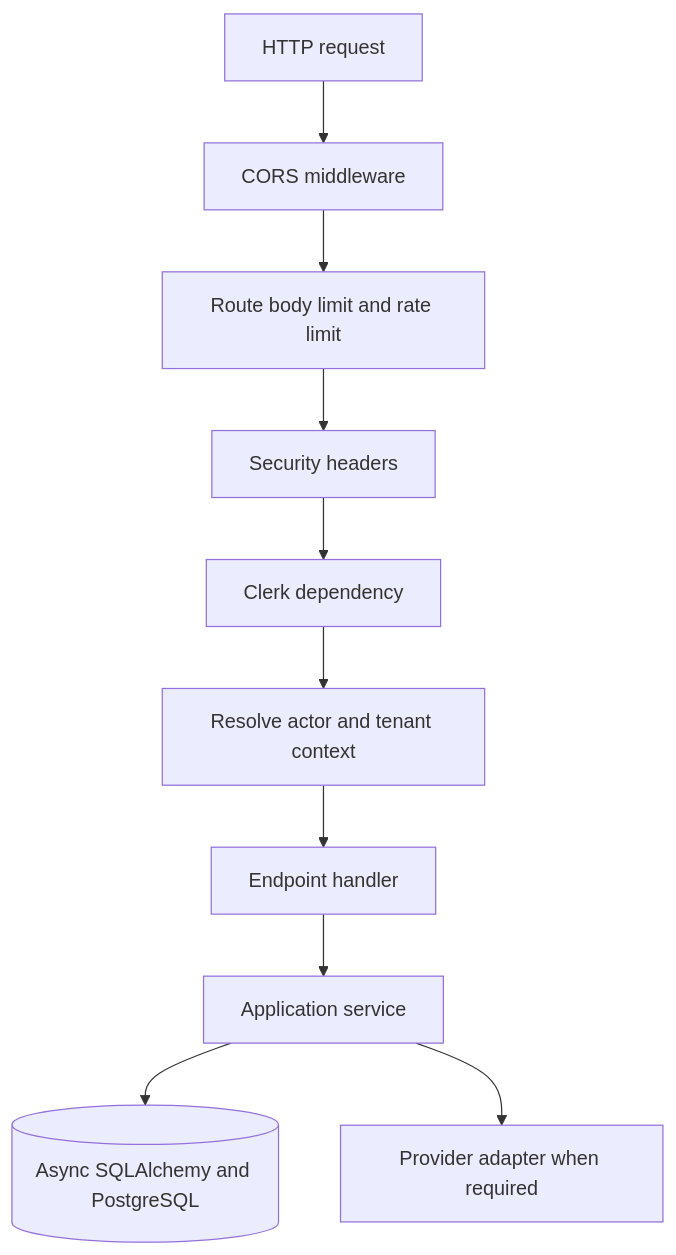
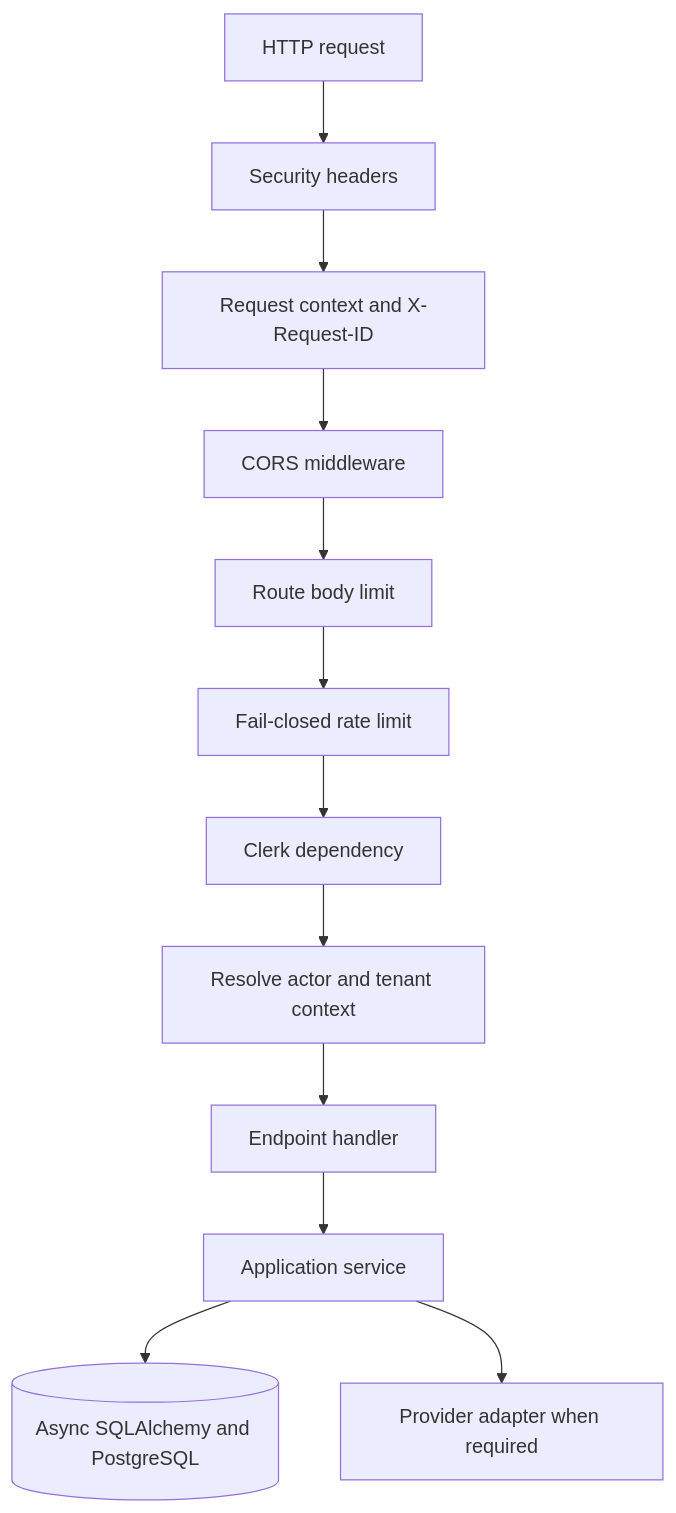
Before and after one commit to ORIOP25/Cronos: the diagram in documentation/05_backend_api/BACKEND_ARCHITECTURE.md, drawn with Mermaid. The commit also changed other lines of this file and 113 other files, not shown here.

````diff
--- a/documentation/05_backend_api/BACKEND_ARCHITECTURE.md
+++ b/documentation/05_backend_api/BACKEND_ARCHITECTURE.md
@@ -40,12 +40,14 @@
 ```mermaid
 flowchart TD
-    Request[HTTP request] --> CORS[CORS middleware]
-    CORS --> Limit[Route body limit and rate limit]
-    Limit --> Headers[Security headers]
-    Headers --> Auth[Clerk dependency]
+    Request[HTTP request] --> Headers[Security headers]
+    Headers --> Context[Request context and X-Request-ID]
+    Context --> CORS[CORS middleware]
+    CORS --> Limit[Route body limit]
+    Limit --> Rate[Fail-closed rate limit]
+    Rate --> Auth[Clerk dependency]
     Auth --> Tenant[Resolve actor and tenant context]
     Tenant --> Handler[Endpoint handler]
     Handler --> Service[Application service]
     Service --> DB[(Async SQLAlchemy and PostgreSQL)]
     Service --> Provider[Provider adapter when required]
 ```
````
